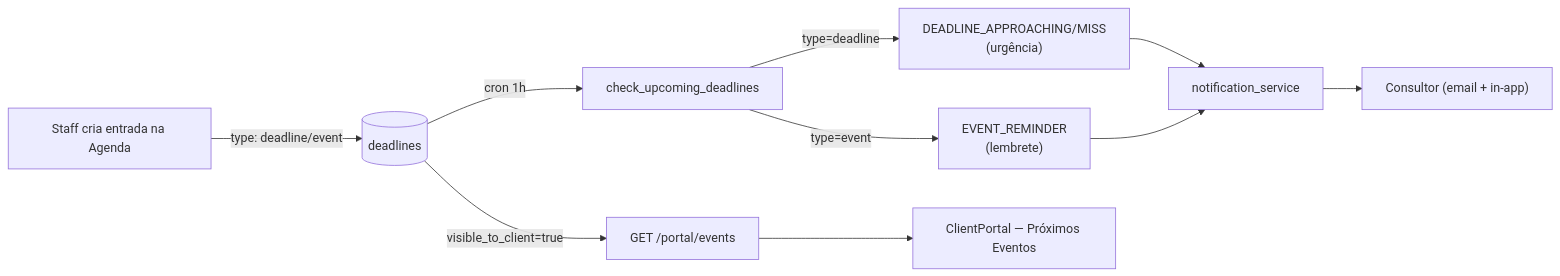
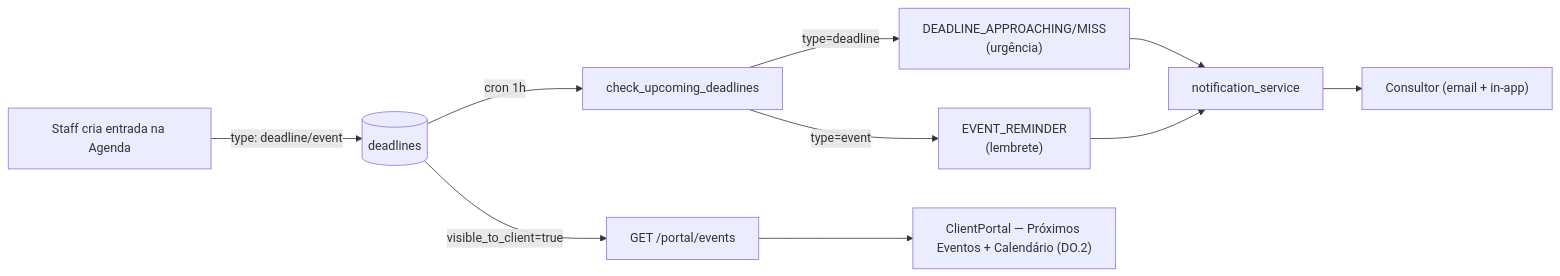
One commit to PowerPrecision/PowerCell changed diagram 22 of 24 in ARCHITECTURE.md. Above: the diagram before and after it, drawn with Mermaid. The commit also changed other lines of this file and 22 other files, not shown here.

First line of the commit message:
feat(ux): Pacote DO.1+2 — observações, timeline no Resumo e calendário visual

````diff
--- a/ARCHITECTURE.md
+++ b/ARCHITECTURE.md
@@ -1502,12 +1502,12 @@
 ```mermaid
 flowchart LR
     Staff["Staff cria entrada na Agenda"] -->|"type: deadline/event"| DB[(deadlines)]
     DB -->|"cron 1h"| Cron["check_upcoming_deadlines"]
     Cron -->|"type=deadline"| Alert["DEADLINE_APPROACHING/MISS<br/>(urgência)"]
     Cron -->|"type=event"| Reminder["EVENT_REMINDER<br/>(lembrete)"]
     Alert --> Notif["notification_service"]
     Reminder --> Notif
     Notif --> Consultor["Consultor (email + in-app)"]
     DB -->|"visible_to_client=true"| Portal["GET /portal/events"]
-    Portal --> ClientUI["ClientPortal — Próximos Eventos"]
+    Portal --> ClientUI["ClientPortal — Próximos Eventos + Calendário (DO.2)"]
 ```
````
